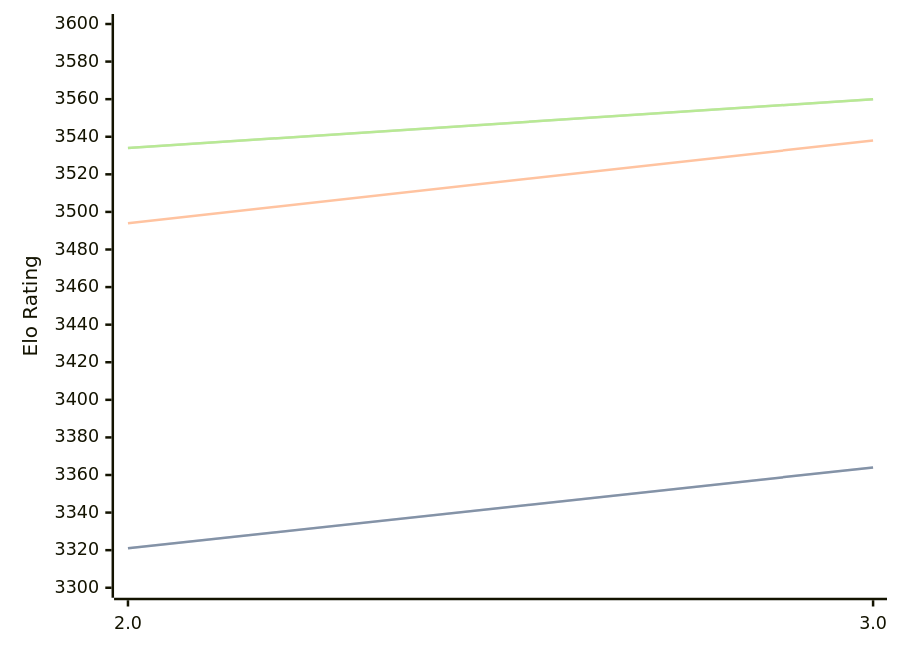
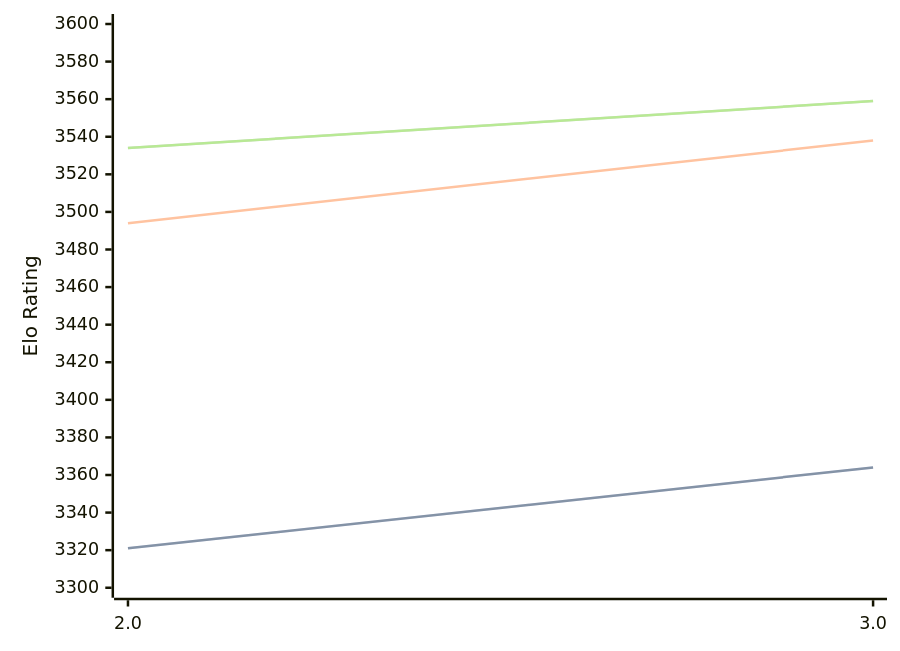
The diagram in engines/Quanticade.md (computer-chess-index/cci), drawn with Mermaid before and after one commit. The commit also changed other lines of this file, not shown here.

Commit message:
Update CCI Ratings (ELO VLTC) - 2026-03-26

````diff
--- a/engines/Quanticade.md
+++ b/engines/Quanticade.md
@@ -41,11 +41,11 @@
 ```mermaid
 %%{init: {"theme":"base","themeVariables":{"seriesColors:['#a3a3a3','#222221','#faa371']}}}%%
 xychart-beta
   x-axis ["2.0", "3.0"]
   y-axis "Elo Rating" 3300 --> 3600
   line "STC (8.0+0.08s)" [3321, 3364]
   line "STC (8.0+0.08s)" [3321, 3364]
   line "LTC (60.0+0.60s)" [3494, 3538]
-  line "VLTC (2m24s+1.12s)" [3534, 3560]
-  line "VLTC (2m24s+1.12s)" [3534, 3560]
+  line "VLTC (2m24s+1.12s)" [3534, 3559]
+  line "VLTC (2m24s+1.12s)" [3534, 3559]
 ```
````
